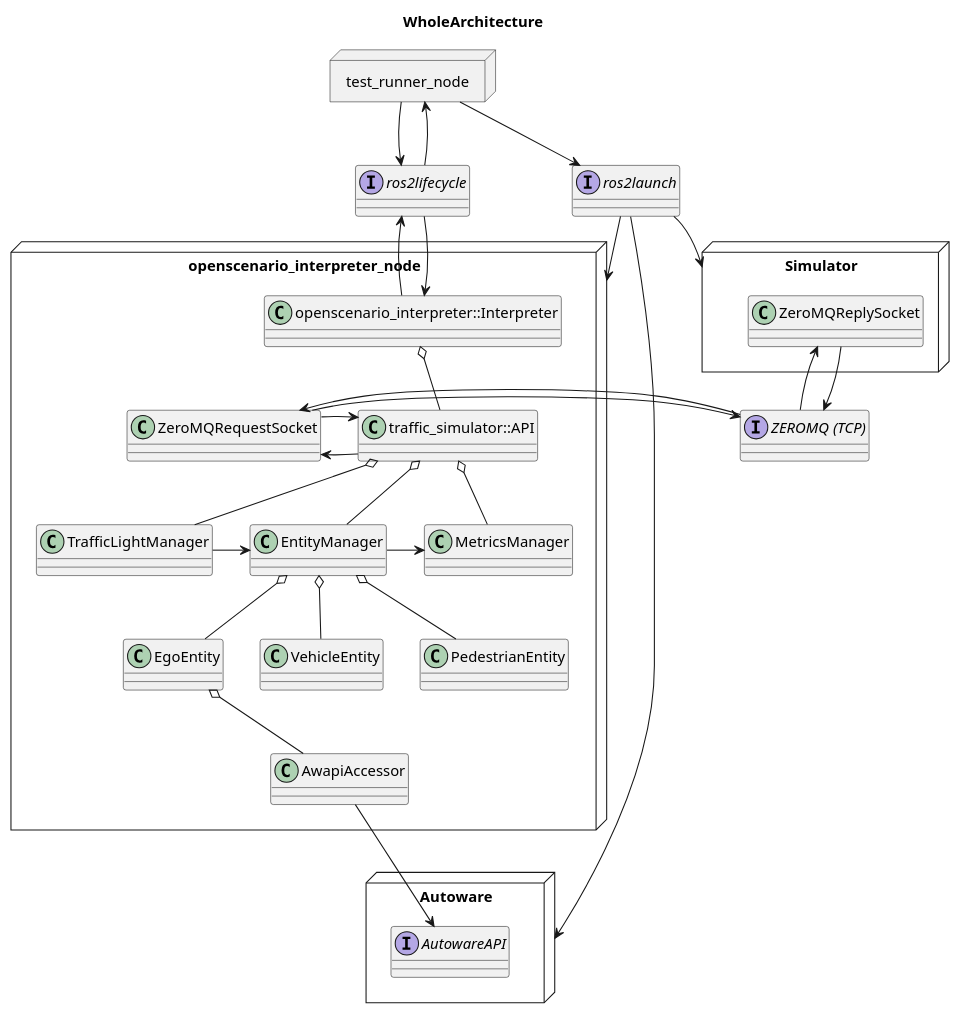
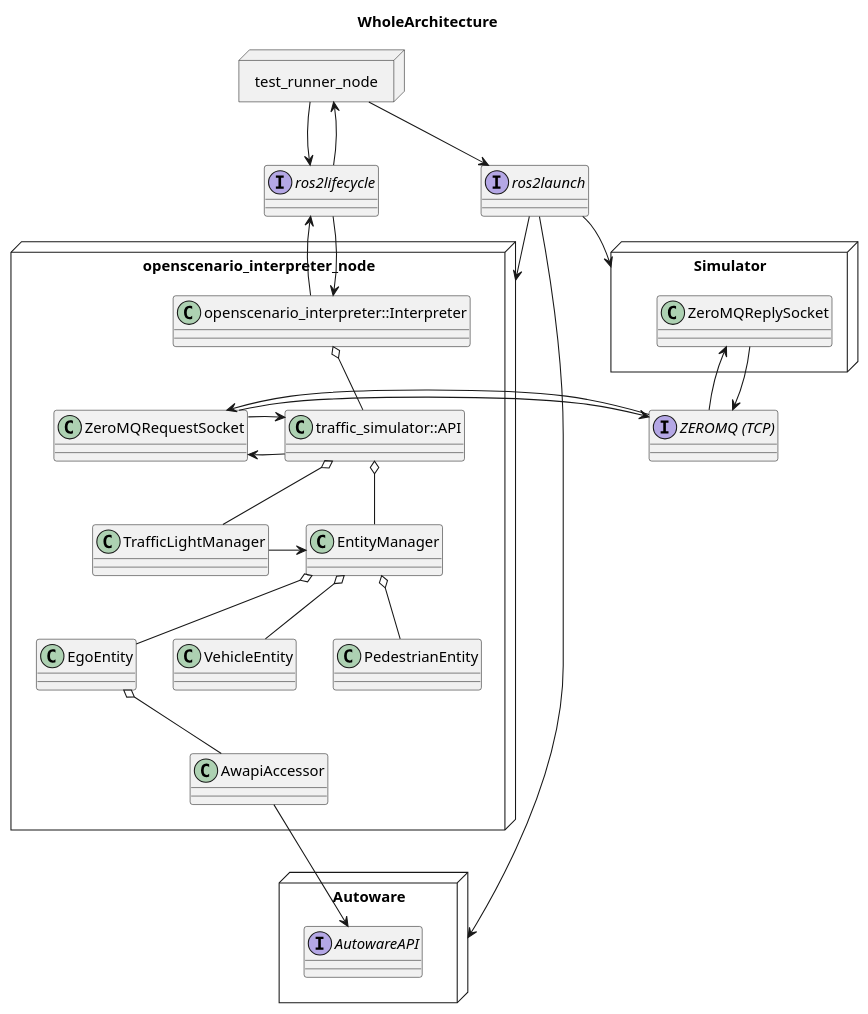
The diagram in docs/developer_guide/uml/whole_architecture.pu (tier4/scenario_simulator_v2), drawn with PlantUML before and after one commit. The commit also changed 28 other files, not shown here.

```diff
--- a/docs/developer_guide/uml/whole_architecture.pu
+++ b/docs/developer_guide/uml/whole_architecture.pu
@@ -1,68 +1,65 @@
 @startuml
 allow_mixing
 title WholeArchitecture
 
 interface ros2lifecycle
 
 Node openscenario_interpreter_node {
   class openscenario_interpreter::Interpreter
   class EntityManager
   class TrafficLightManager
-  class MetricsManager
   class traffic_simulator::API
   class ZeroMQRequestSocket
   openscenario_interpreter::Interpreter o-- traffic_simulator::API
   traffic_simulator::API o-- EntityManager
   traffic_simulator::API o-- TrafficLightManager
-  traffic_simulator::API o-- MetricsManager
   TrafficLightManager -right-> EntityManager
-  EntityManager -right-> MetricsManager
   class EgoEntity
   class VehicleEntity
   class PedestrianEntity
   EntityManager o-- EgoEntity
   EntityManager o-- VehicleEntity
   EntityManager o-- PedestrianEntity
   class AwapiAccessor
   EgoEntity o-- AwapiAccessor
 }
 
 openscenario_interpreter::Interpreter -up-> ros2lifecycle
 
 ros2lifecycle -down-> openscenario_interpreter::Interpreter
 
 Node test_runner_node {
 }
 
 test_runner_node -down-> ros2lifecycle
 ros2lifecycle -up-> test_runner_node
 
 Node Autoware {
   Interface AutowareAPI
 }
 
 AwapiAccessor -down-> AutowareAPI
 
 interface ros2launch
 
 test_runner_node -down-> ros2launch
 ros2launch -down-> Autoware
 ros2launch -down-> openscenario_interpreter_node
 
 interface "ZEROMQ (TCP)"
 
 traffic_simulator::API -left-> ZeroMQRequestSocket
 ZeroMQRequestSocket -right-> traffic_simulator::API
 ZeroMQRequestSocket -right-> "ZEROMQ (TCP)"
 "ZEROMQ (TCP)" -left-> ZeroMQRequestSocket
 
 Node Simulator {
   class ZeroMQReplySocket
 }
 
 ros2launch -down-> Simulator
 
 "ZEROMQ (TCP)" -up-> ZeroMQReplySocket
 ZeroMQReplySocket -down-> "ZEROMQ (TCP)"
 
 @enduml
```
